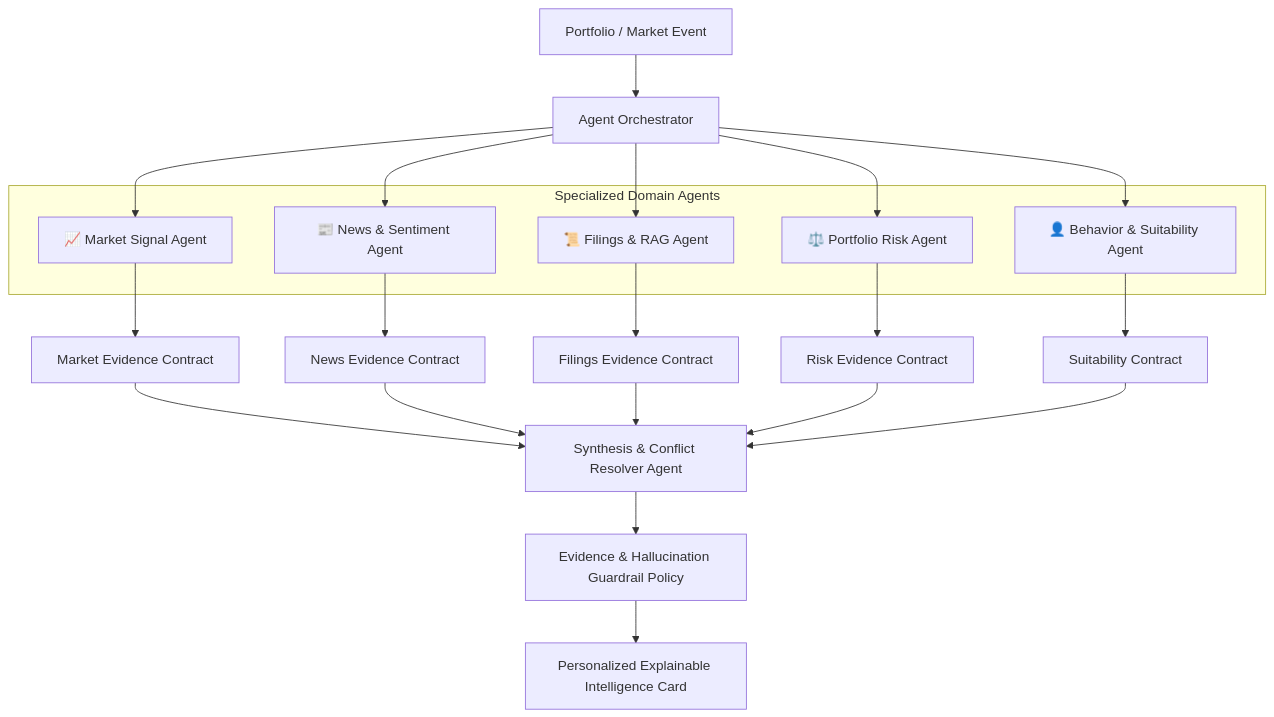
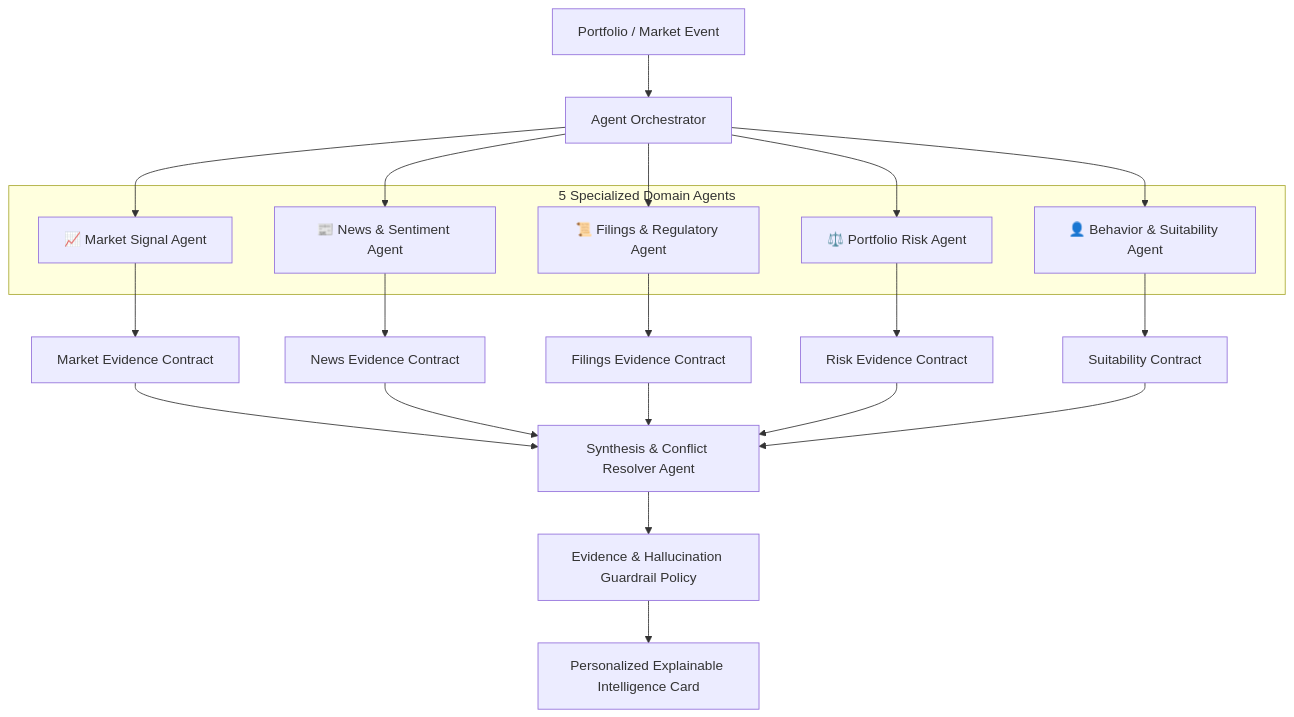
Before and after one commit to abhivardhan20-coder/FillEx: the tenth of 13 diagrams in README.md, drawn with Mermaid. The commit also changed other lines of this file, not shown here.

````diff
--- a/README.md
+++ b/README.md
@@ -512,24 +517,24 @@
 ```mermaid
 flowchart TB
     EVENT[Portfolio / Market Event] --> ORCH[Agent Orchestrator]
 
-    subgraph Agents["Specialized Domain Agents"]
+    subgraph Agents["5 Specialized Domain Agents"]
         MA[📈 Market Signal Agent]
         NA[📰 News & Sentiment Agent]
-        FA[📜 Filings & RAG Agent]
+        FA[📜 Filings & Regulatory Agent]
         RA[⚖️ Portfolio Risk Agent]
         BA[👤 Behavior & Suitability Agent]
     end
 
     ORCH --> MA & NA & FA & RA & BA
 
     MA --> C_MA[Market Evidence Contract]
     NA --> C_NA[News Evidence Contract]
     FA --> C_FA[Filings Evidence Contract]
     RA --> C_RA[Risk Evidence Contract]
     BA --> C_BA[Suitability Contract]
 
     C_MA & C_NA & C_FA & C_RA & C_BA --> SYNTH[Synthesis & Conflict Resolver Agent]
     SYNTH --> POLICY[Evidence & Hallucination Guardrail Policy]
     POLICY --> OUT[Personalized Explainable Intelligence Card]
 ```
````
